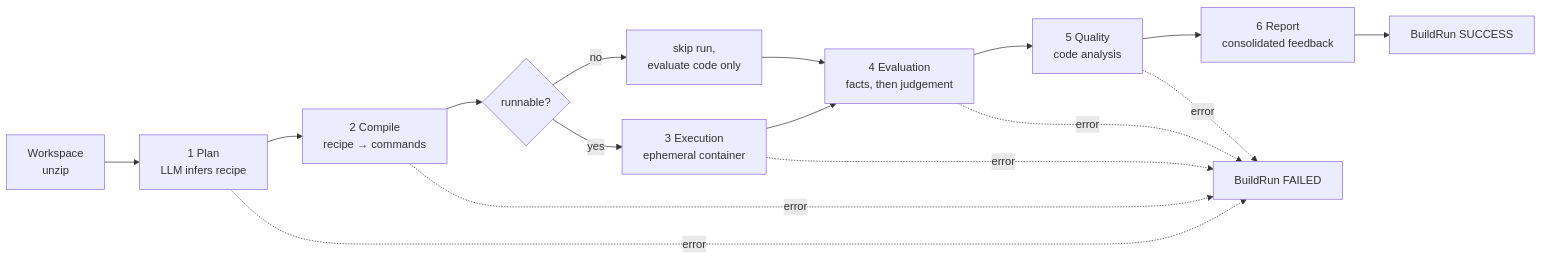
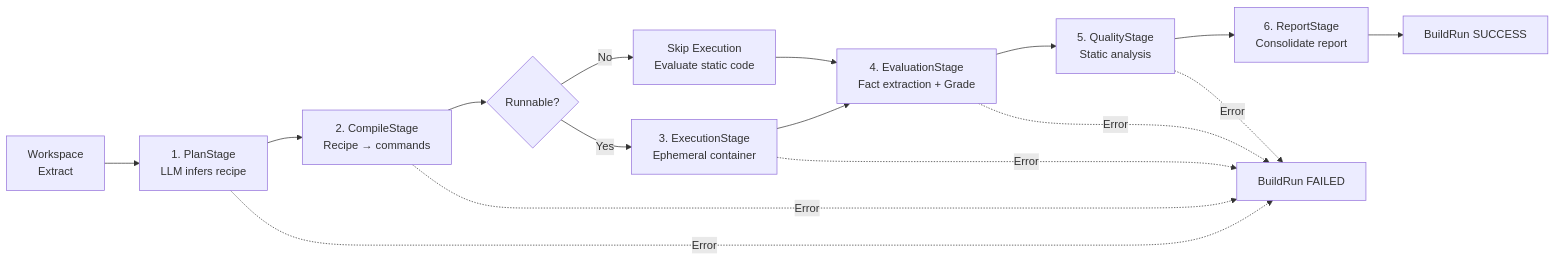
Before and after one commit to agu-aariza/DockUS: the third of 3 diagrams in ARCHITECTURE.md, drawn with Mermaid. The commit also changed other lines of this file and 81 other files, not shown here.

````diff
--- a/ARCHITECTURE.md
+++ b/ARCHITECTURE.md
@@ -220,19 +162,19 @@
 ```mermaid
 flowchart LR
-    W["Workspace<br/>unzip"] --> P["1 Plan<br/>LLM infers recipe"]
-    P --> C["2 Compile<br/>recipe → commands"]
-    C --> D{"runnable?"}
-    D -->|yes| E["3 Execution<br/>ephemeral container"]
-    D -->|no| SK["skip run,<br/>evaluate code only"]
-    E --> V["4 Evaluation<br/>facts, then judgement"]
+    W["Workspace<br/>Extract"] --> P["1. PlanStage<br/>LLM infers recipe"]
+    P --> C["2. CompileStage<br/>Recipe → commands"]
+    C --> D{"Runnable?"}
+    D -->|Yes| E["3. ExecutionStage<br/>Ephemeral container"]
+    D -->|No| SK["Skip Execution<br/>Evaluate static code"]
+    E --> V["4. EvaluationStage<br/>Fact extraction + Grade"]
     SK --> V
-    V --> Q["5 Quality<br/>code analysis"]
-    Q --> R["6 Report<br/>consolidated feedback"]
+    V --> Q["5. QualityStage<br/>Static analysis"]
+    Q --> R["6. ReportStage<br/>Consolidate report"]
     R --> OK["BuildRun SUCCESS"]
 
-    P -.->|error| F["BuildRun FAILED"]
-    C -.->|error| F
-    E -.->|error| F
-    V -.->|error| F
-    Q -.->|error| F
+    P -.->|Error| F["BuildRun FAILED"]
+    C -.->|Error| F
+    E -.->|Error| F
+    V -.->|Error| F
+    Q -.->|Error| F
 ```
````
